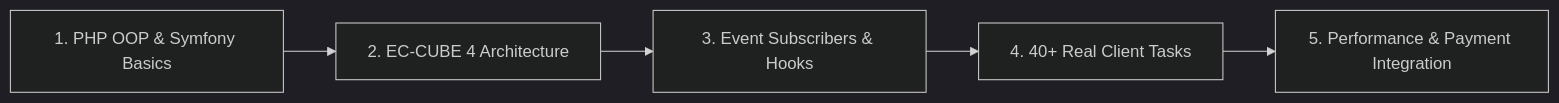
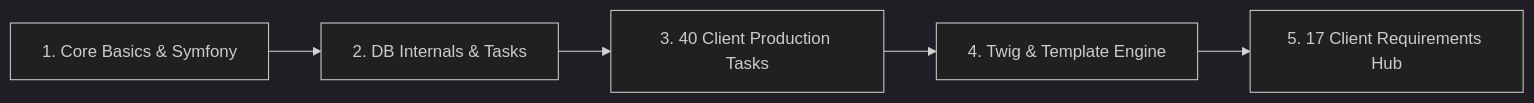
One commit to Echo-Scaler/learn-stack changed the second of 8 diagrams in my-learning-hub/src/content/docs/roadmaps.md. Above: the diagram before and after it, drawn with Mermaid (dark theme). The commit also changed other lines of this file and 613 other files, not shown here.

First line of the commit message:
feat: add 15-chapter Java Enterprise track, organize EC-CUBE requirements, and refine navbar UX

````diff
--- a/my-learning-hub/src/content/docs/roadmaps.md
+++ b/my-learning-hub/src/content/docs/roadmaps.md
@@ -41,7 +41,7 @@
 ```mermaid
 graph LR
-    A[1. PHP OOP & Symfony Basics] --> B[2. EC-CUBE 4 Architecture]
-    B --> C[3. Event Subscribers & Hooks]
-    C --> D[4. 40+ Real Client Tasks]
-    D --> E[5. Performance & Payment Integration]
+    A["1. Core Basics & Symfony"] --> B["2. DB Internals & Tasks"]
+    B --> C["3. 40 Client Production Tasks"]
+    C --> D["4. Twig & Template Engine"]
+    D --> E["5. 17 Client Requirements Hub"]
 ```
````
